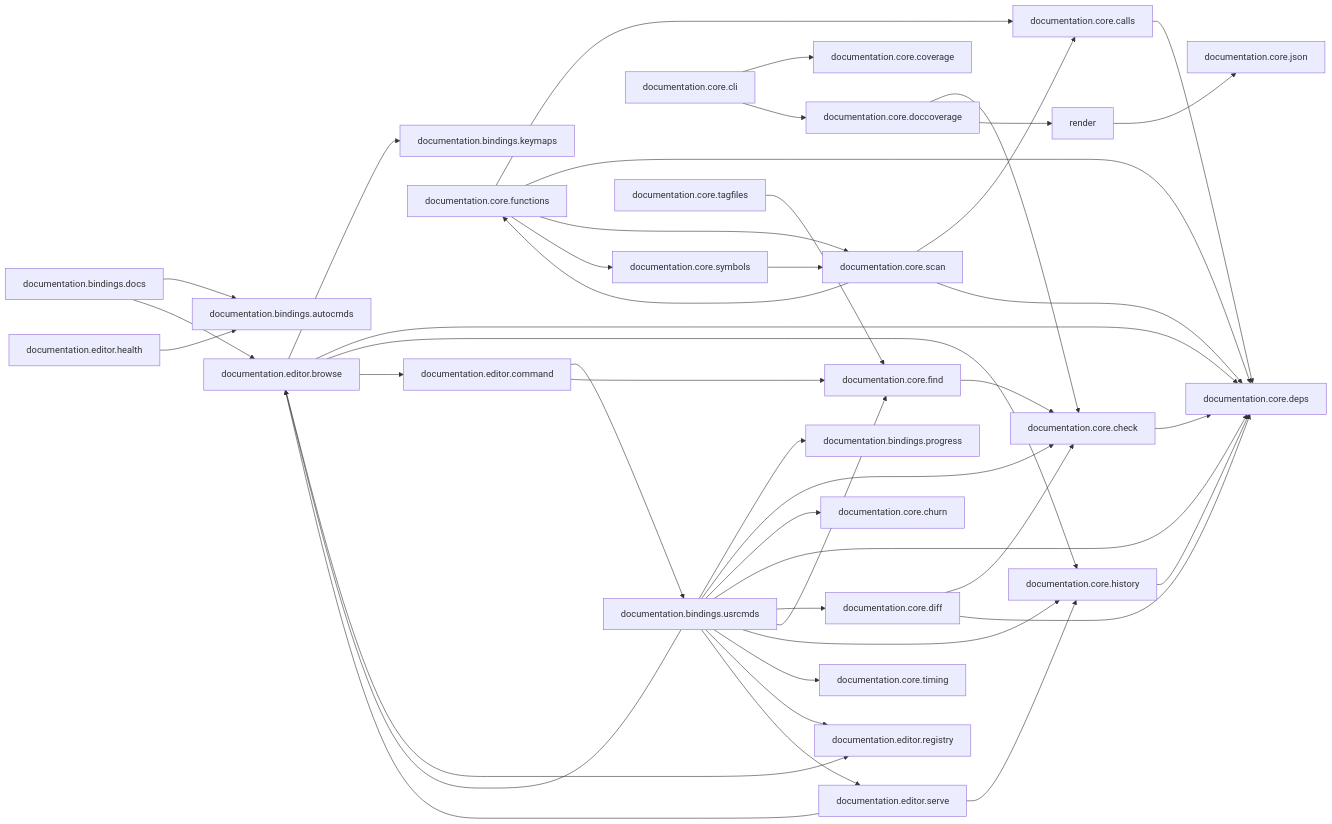
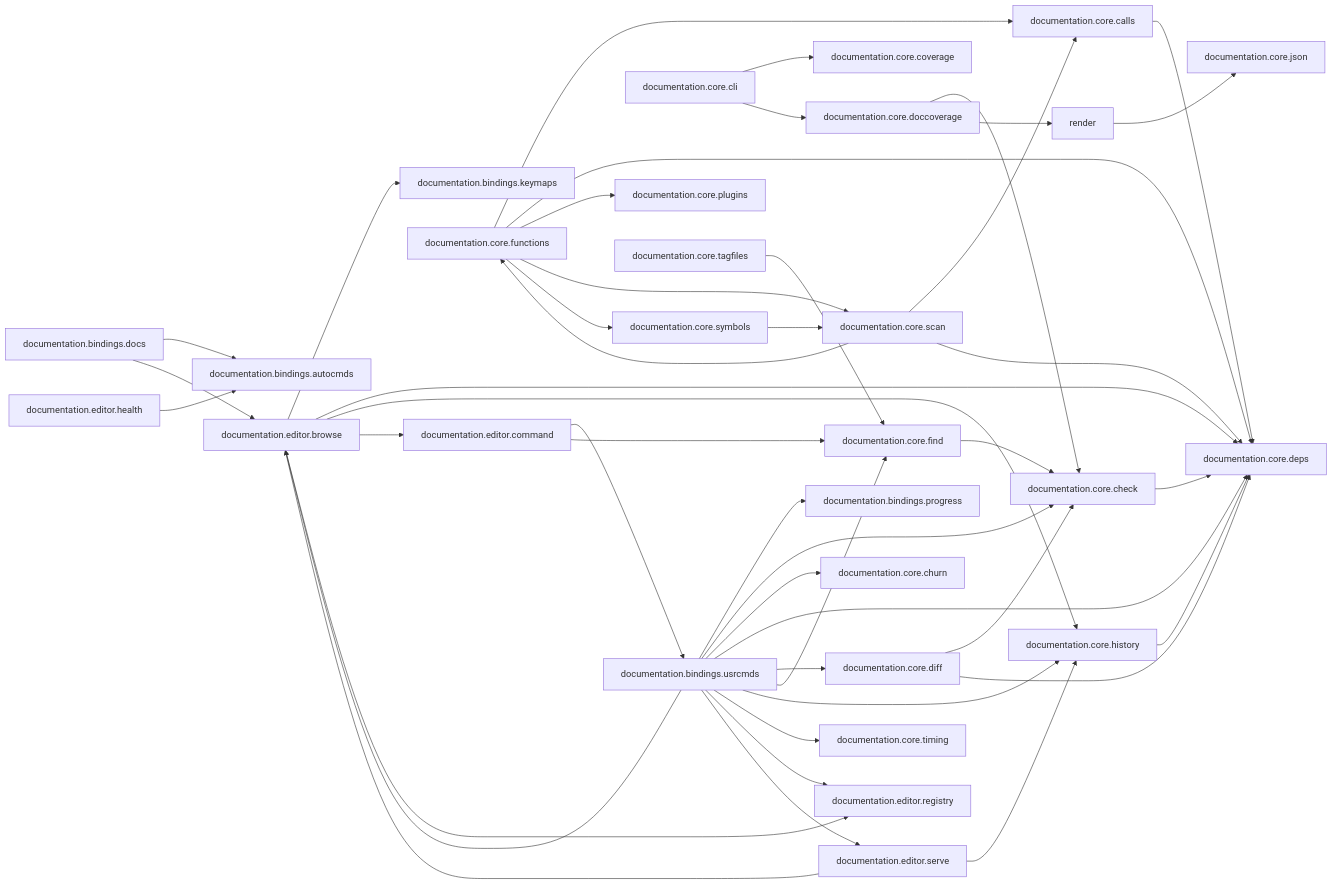
One commit to StefanBartl/documentation.nvim changed the second of 2 diagrams in docs/map/overview.md. Above: the diagram before and after it, drawn with Mermaid. The commit also changed other lines of this file and 18 other files, not shown here.

````diff
--- a/docs/map/overview.md
+++ b/docs/map/overview.md
@@ -40,73 +40,75 @@
 ```mermaid
 flowchart LR
   nlua_documentation_bindings_autocmds_lua["documentation.bindings.autocmds"]
   nlua_documentation_bindings_docs_lua["documentation.bindings.docs"]
   nlua_documentation_bindings_keymaps_lua["documentation.bindings.keymaps"]
   nlua_documentation_bindings_progress_lua["documentation.bindings.progress"]
   nlua_documentation_bindings_usrcmds["documentation.bindings.usrcmds"]
   nlua_documentation_core_calls_lua["documentation.core.calls"]
   nlua_documentation_core_check_lua["documentation.core.check"]
   nlua_documentation_core_churn_lua["documentation.core.churn"]
   nlua_documentation_core_cli_lua["documentation.core.cli"]
   nlua_documentation_core_coverage_lua["documentation.core.coverage"]
   nlua_documentation_core_deps_lua["documentation.core.deps"]
   nlua_documentation_core_diff_lua["documentation.core.diff"]
   nlua_documentation_core_doccoverage_lua["documentation.core.doccoverage"]
   nlua_documentation_core_find_lua["documentation.core.find"]
   nlua_documentation_core_functions_lua["documentation.core.functions"]
   nlua_documentation_core_history_lua["documentation.core.history"]
   nlua_documentation_core_json_lua["documentation.core.json"]
+  nlua_documentation_core_plugins_lua["documentation.core.plugins"]
   nlua_documentation_core_render["render"]
   nlua_documentation_core_scan_lua["documentation.core.scan"]
   nlua_documentation_core_symbols_lua["documentation.core.symbols"]
   nlua_documentation_core_tagfiles_lua["documentation.core.tagfiles"]
   nlua_documentation_core_timing_lua["documentation.core.timing"]
   nlua_documentation_editor_browse["documentation.editor.browse"]
   nlua_documentation_editor_command_lua["documentation.editor.command"]
   nlua_documentation_editor_health_lua["documentation.editor.health"]
   nlua_documentation_editor_registry_lua["documentation.editor.registry"]
   nlua_documentation_editor_serve_lua["documentation.editor.serve"]
   nlua_documentation_bindings_docs_lua --> nlua_documentation_bindings_autocmds_lua
   nlua_documentation_bindings_docs_lua --> nlua_documentation_editor_browse
   nlua_documentation_bindings_usrcmds --> nlua_documentation_bindings_progress_lua
   nlua_documentation_bindings_usrcmds --> nlua_documentation_core_check_lua
   nlua_documentation_bindings_usrcmds --> nlua_documentation_core_churn_lua
   nlua_documentation_bindings_usrcmds --> nlua_documentation_core_deps_lua
   nlua_documentation_bindings_usrcmds --> nlua_documentation_core_diff_lua
   nlua_documentation_bindings_usrcmds --> nlua_documentation_core_find_lua
   nlua_documentation_bindings_usrcmds --> nlua_documentation_core_history_lua
   nlua_documentation_bindings_usrcmds --> nlua_documentation_core_timing_lua
   nlua_documentation_bindings_usrcmds --> nlua_documentation_editor_browse
   nlua_documentation_bindings_usrcmds --> nlua_documentation_editor_registry_lua
   nlua_documentation_bindings_usrcmds --> nlua_documentation_editor_serve_lua
   nlua_documentation_core_calls_lua --> nlua_documentation_core_deps_lua
   nlua_documentation_core_check_lua --> nlua_documentation_core_deps_lua
   nlua_documentation_core_cli_lua --> nlua_documentation_core_coverage_lua
   nlua_documentation_core_cli_lua --> nlua_documentation_core_doccoverage_lua
   nlua_documentation_core_diff_lua --> nlua_documentation_core_check_lua
   nlua_documentation_core_diff_lua --> nlua_documentation_core_deps_lua
   nlua_documentation_core_doccoverage_lua --> nlua_documentation_core_check_lua
   nlua_documentation_core_doccoverage_lua --> nlua_documentation_core_render
   nlua_documentation_core_find_lua --> nlua_documentation_core_check_lua
   nlua_documentation_core_functions_lua --> nlua_documentation_core_calls_lua
   nlua_documentation_core_functions_lua --> nlua_documentation_core_deps_lua
+  nlua_documentation_core_functions_lua --> nlua_documentation_core_plugins_lua
   nlua_documentation_core_functions_lua --> nlua_documentation_core_scan_lua
   nlua_documentation_core_functions_lua --> nlua_documentation_core_symbols_lua
   nlua_documentation_core_history_lua --> nlua_documentation_core_deps_lua
   nlua_documentation_core_render --> nlua_documentation_core_json_lua
   nlua_documentation_core_scan_lua --> nlua_documentation_core_calls_lua
   nlua_documentation_core_scan_lua --> nlua_documentation_core_deps_lua
   nlua_documentation_core_scan_lua --> nlua_documentation_core_functions_lua
   nlua_documentation_core_symbols_lua --> nlua_documentation_core_scan_lua
   nlua_documentation_core_tagfiles_lua --> nlua_documentation_core_find_lua
   nlua_documentation_editor_browse --> nlua_documentation_bindings_keymaps_lua
   nlua_documentation_editor_browse --> nlua_documentation_core_deps_lua
   nlua_documentation_editor_browse --> nlua_documentation_core_history_lua
   nlua_documentation_editor_browse --> nlua_documentation_editor_command_lua
   nlua_documentation_editor_browse --> nlua_documentation_editor_registry_lua
   nlua_documentation_editor_command_lua --> nlua_documentation_bindings_usrcmds
   nlua_documentation_editor_command_lua --> nlua_documentation_core_find_lua
   nlua_documentation_editor_health_lua --> nlua_documentation_bindings_autocmds_lua
   nlua_documentation_editor_serve_lua --> nlua_documentation_core_history_lua
   nlua_documentation_editor_serve_lua --> nlua_documentation_editor_browse
 ```
````
